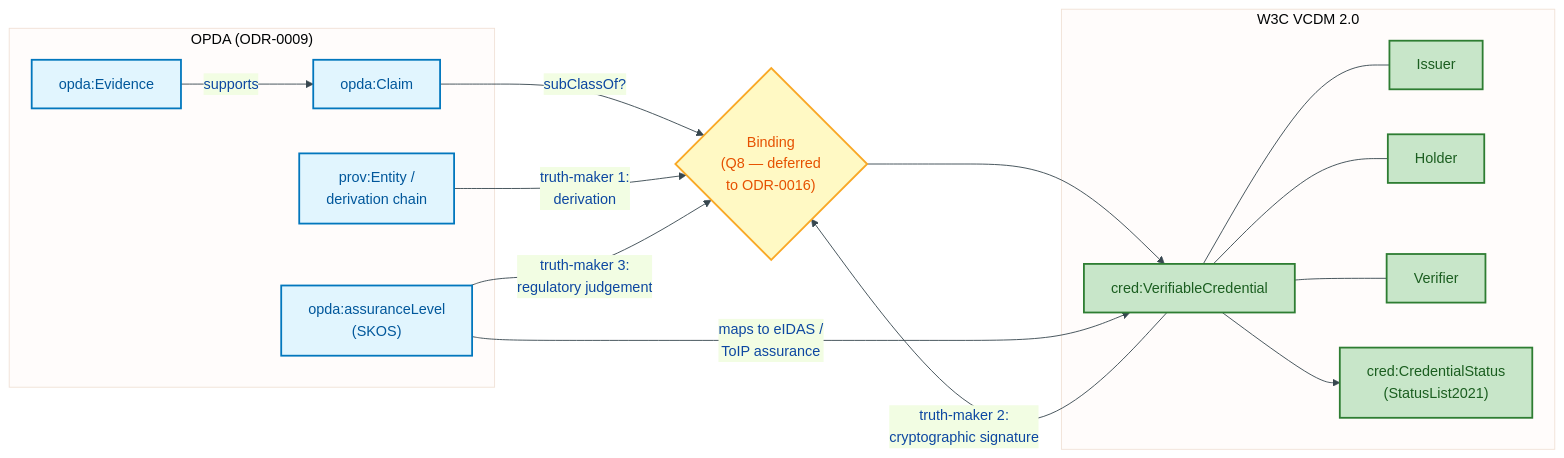
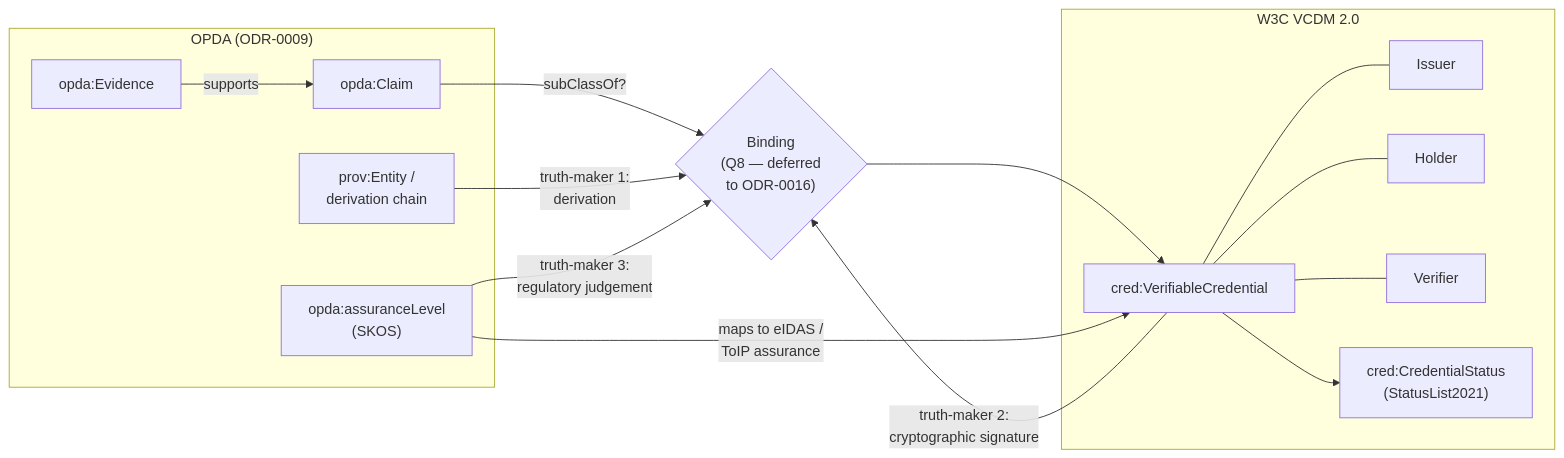
The second of 4 diagrams in docs/ontology/odr/ODR-0016-w3c-vc-did-compatibility.md (sparkling/opda), drawn with Mermaid before and after one commit. The commit also changed other lines of this file and 25 other files, not shown here.

````diff
--- a/docs/ontology/odr/ODR-0016-w3c-vc-did-compatibility.md
+++ b/docs/ontology/odr/ODR-0016-w3c-vc-did-compatibility.md
@@ -97,38 +93,34 @@
 ```mermaid
-%%{init:{"theme":"base","themeVariables":{"primaryColor":"#E3F2FD","primaryTextColor":"#0D47A1","primaryBorderColor":"#1565C0","lineColor":"#37474F"}}}%%
 flowchart LR
     accTitle: OPDA claim and evidence mapping to W3C VC structures
     accDescr: Shows how opda:Claim, opda:Evidence, opda:assuranceLevel, and PROV-O derivation map to cred:VerifiableCredential, Issuer, Holder, Verifier, and cred:CredentialStatus.
-    classDef opdaClass fill:#E1F5FE,stroke:#0277BD,stroke-width:2px,color:#01579B
-    classDef vcClass fill:#C8E6C9,stroke:#2E7D32,stroke-width:2px,color:#1B5E20
-    classDef question fill:#FFF9C4,stroke:#F9A825,stroke-width:2px,color:#E65100
 
     subgraph OPDA["OPDA (ODR-0009)"]
-        C["opda:Claim"]:::opdaClass
-        E["opda:Evidence"]:::opdaClass
-        AL["opda:assuranceLevel<br/>(SKOS)"]:::opdaClass
-        PV["prov:Entity /<br/>derivation chain"]:::opdaClass
+        C["opda:Claim"]:::process
+        E["opda:Evidence"]:::process
+        AL["opda:assuranceLevel<br/>(SKOS)"]:::process
+        PV["prov:Entity /<br/>derivation chain"]:::process
     end
 
     subgraph VC["W3C VCDM 2.0"]
-        VC1["cred:VerifiableCredential"]:::vcClass
-        ISS["Issuer"]:::vcClass
-        HOL["Holder"]:::vcClass
-        VER["Verifier"]:::vcClass
-        CS["cred:CredentialStatus<br/>(StatusList2021)"]:::vcClass
+        VC1["cred:VerifiableCredential"]:::success
+        ISS["Issuer"]:::success
+        HOL["Holder"]:::success
+        VER["Verifier"]:::success
+        CS["cred:CredentialStatus<br/>(StatusList2021)"]:::success
     end
 
-    Q{"Binding<br/>(Q8 — deferred<br/>to ODR-0016)"}:::question
+    Q{"Binding<br/>(Q8 — deferred<br/>to ODR-0016)"}:::warning
 
     C -->|"subClassOf?"| Q
     Q --> VC1
     E -->|"supports"| C
     AL -->|"maps to eIDAS /<br/>ToIP assurance"| VC1
     PV -->|"truth-maker 1:<br/>derivation"| Q
     VC1 -->|"truth-maker 2:<br/>cryptographic signature"| Q
     AL -->|"truth-maker 3:<br/>regulatory judgement"| Q
     VC1 --> CS
     VC1 --- ISS
     VC1 --- HOL
     VC1 --- VER
 ```
````
